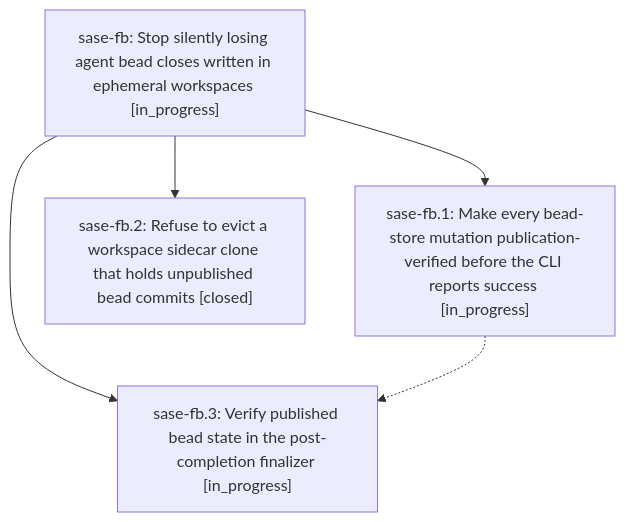
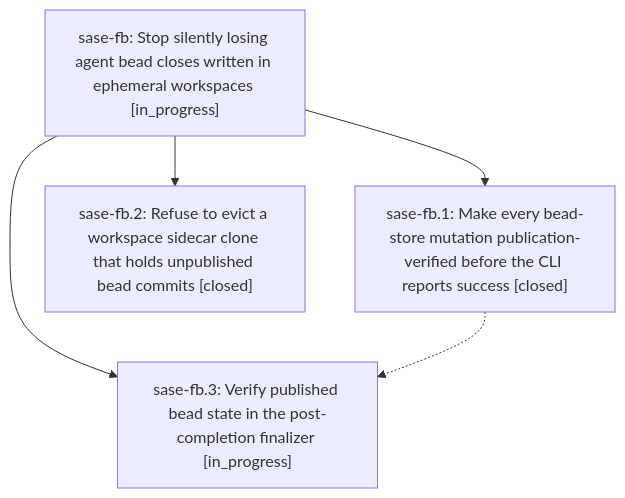
One commit to sase-org/sase--beads changed the diagram in pages/sase-fb/README.md. Above: the diagram before and after it, drawn with Mermaid. The commit also changed other lines of this file and 2 other files, not shown here.

First line of the commit message:
chore(beads): sync bead state and pages for sase-fb

````diff
--- a/pages/sase-fb/README.md
+++ b/pages/sase-fb/README.md
@@ -24,11 +24,11 @@
 ```mermaid
 flowchart TD
     n0["sase-fb: Stop silently losing agent bead closes written in ephemeral workspaces [in_progress]"]
-    n1["sase-fb.1: Make every bead-store mutation publication-verified before the CLI reports success [in_progress]"]
+    n1["sase-fb.1: Make every bead-store mutation publication-verified before the CLI reports success [closed]"]
     n2["sase-fb.2: Refuse to evict a workspace sidecar clone that holds unpublished bead commits [closed]"]
     n3["sase-fb.3: Verify published bead state in the post-completion finalizer [in_progress]"]
     n0 --> n1
     n0 --> n2
     n0 --> n3
     n1 -.-> n3
 ```
````
